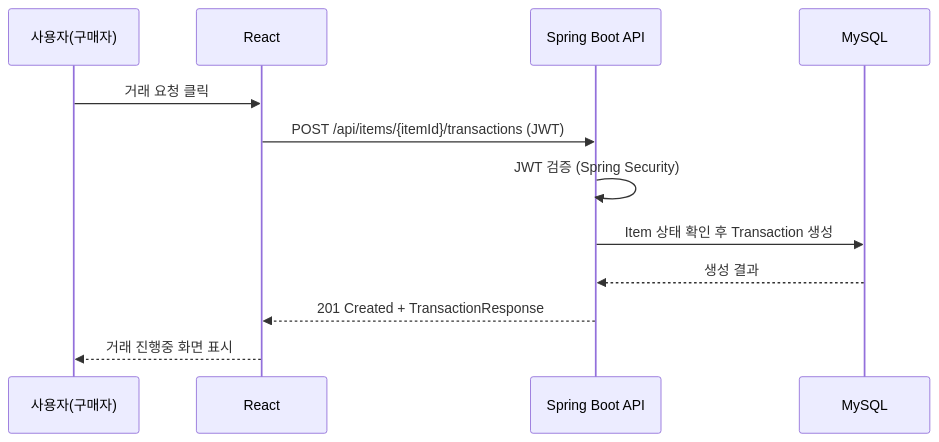
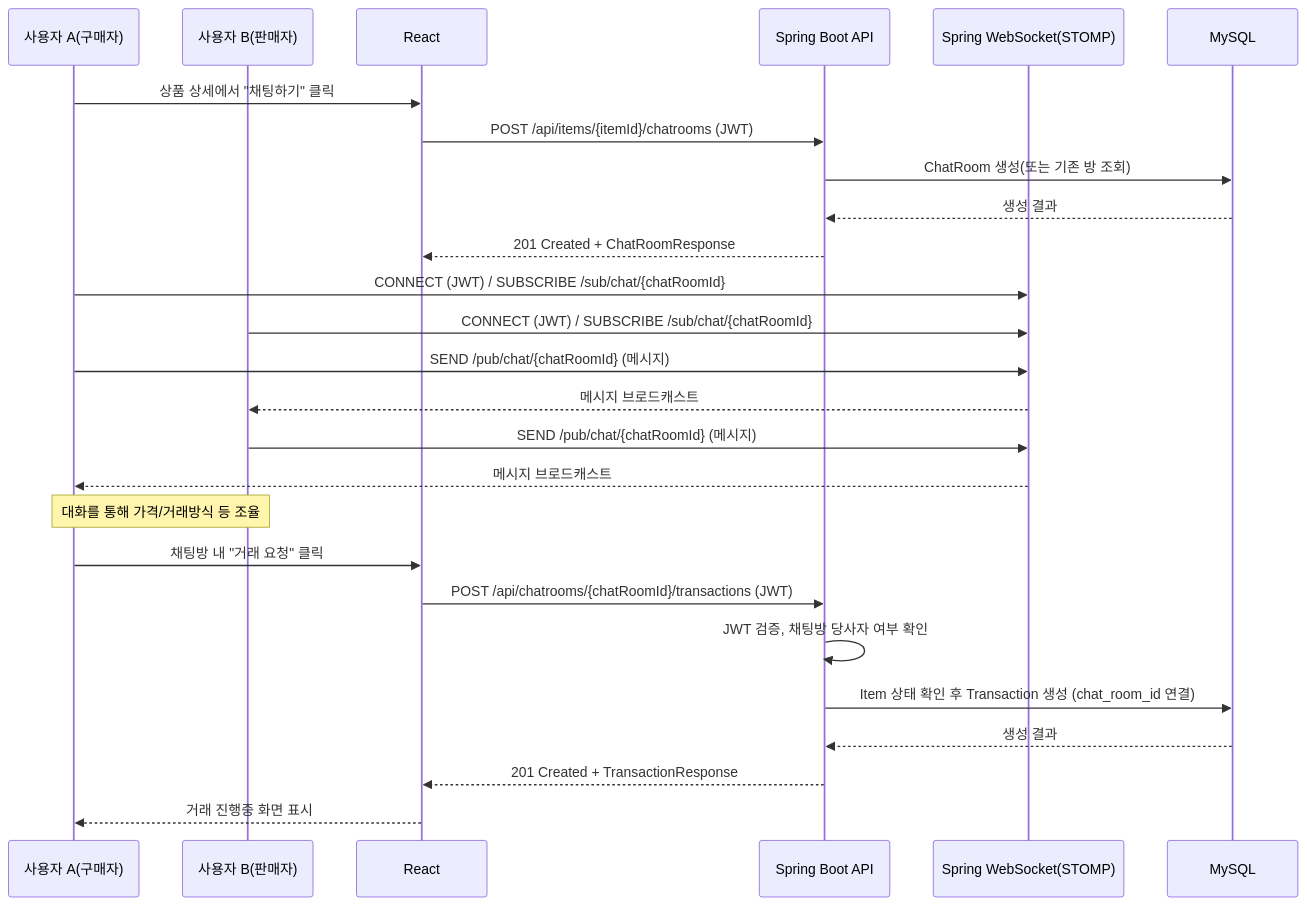
One commit to oshi-market/oshi-market changed the third of 3 diagrams in 3_아키텍처및서비스흐름.md. Above: the diagram before and after it, drawn with Mermaid. The commit also changed other lines of this file and 3 other files, not shown here.

````diff
--- a/3_아키텍처및서비스흐름.md
+++ b/3_아키텍처및서비스흐름.md
@@ -157,15 +183,32 @@
 ```mermaid
 sequenceDiagram
-    participant U as 사용자(구매자)
+    participant A as 사용자 A(구매자)
+    participant B as 사용자 B(판매자)
     participant FE as React
     participant BE as Spring Boot API
+    participant WS as Spring WebSocket(STOMP)
     participant DB as MySQL
 
-    U->>FE: 거래 요청 클릭
-    FE->>BE: POST /api/items/{itemId}/transactions (JWT)
-    BE->>BE: JWT 검증 (Spring Security)
-    BE->>DB: Item 상태 확인 후 Transaction 생성
+    A->>FE: 상품 상세에서 "채팅하기" 클릭
+    FE->>BE: POST /api/items/{itemId}/chatrooms (JWT)
+    BE->>DB: ChatRoom 생성(또는 기존 방 조회)
+    DB-->>BE: 생성 결과
+    BE-->>FE: 201 Created + ChatRoomResponse
+
+    A->>WS: CONNECT (JWT) / SUBSCRIBE /sub/chat/{chatRoomId}
+    B->>WS: CONNECT (JWT) / SUBSCRIBE /sub/chat/{chatRoomId}
+    A->>WS: SEND /pub/chat/{chatRoomId} (메시지)
+    WS-->>B: 메시지 브로드캐스트
+    B->>WS: SEND /pub/chat/{chatRoomId} (메시지)
+    WS-->>A: 메시지 브로드캐스트
+
+    Note over A,B: 대화를 통해 가격/거래방식 등 조율
+
+    A->>FE: 채팅방 내 "거래 요청" 클릭
+    FE->>BE: POST /api/chatrooms/{chatRoomId}/transactions (JWT)
+    BE->>BE: JWT 검증, 채팅방 당사자 여부 확인
+    BE->>DB: Item 상태 확인 후 Transaction 생성 (chat_room_id 연결)
     DB-->>BE: 생성 결과
     BE-->>FE: 201 Created + TransactionResponse
-    FE-->>U: 거래 진행중 화면 표시
+    FE-->>A: 거래 진행중 화면 표시
 ```
````
